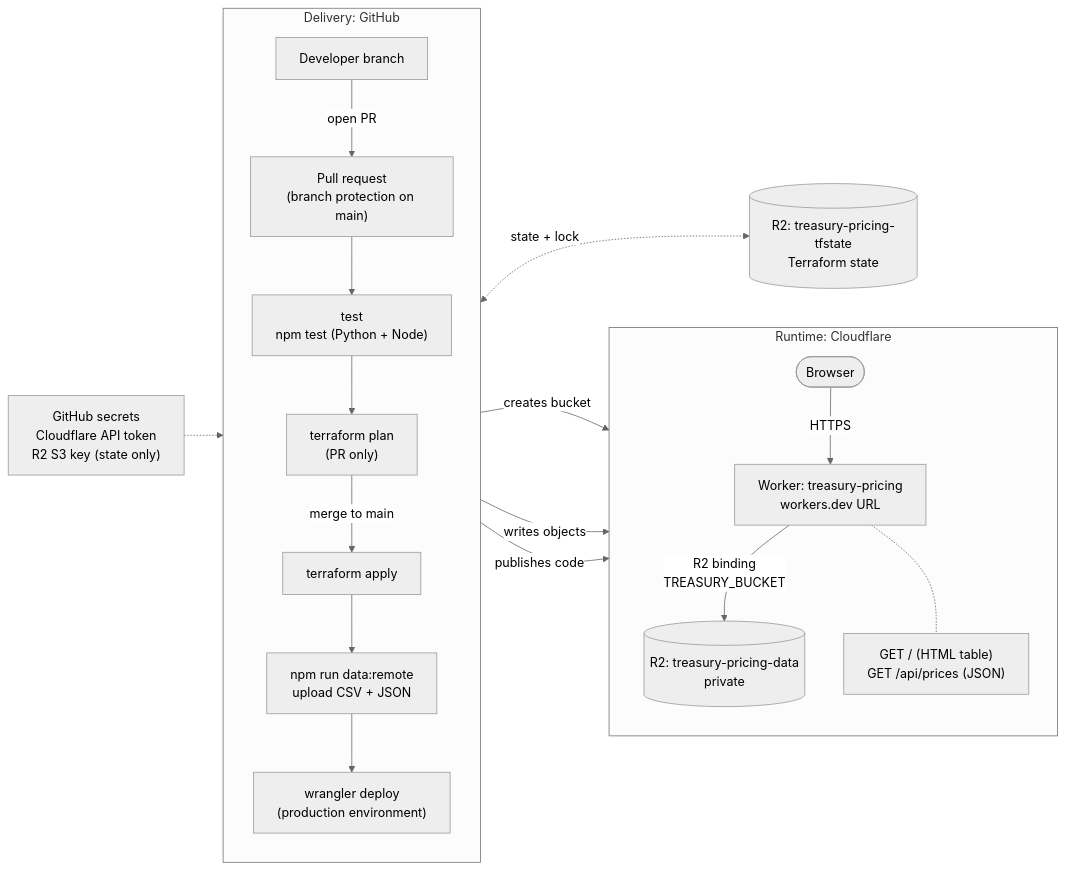
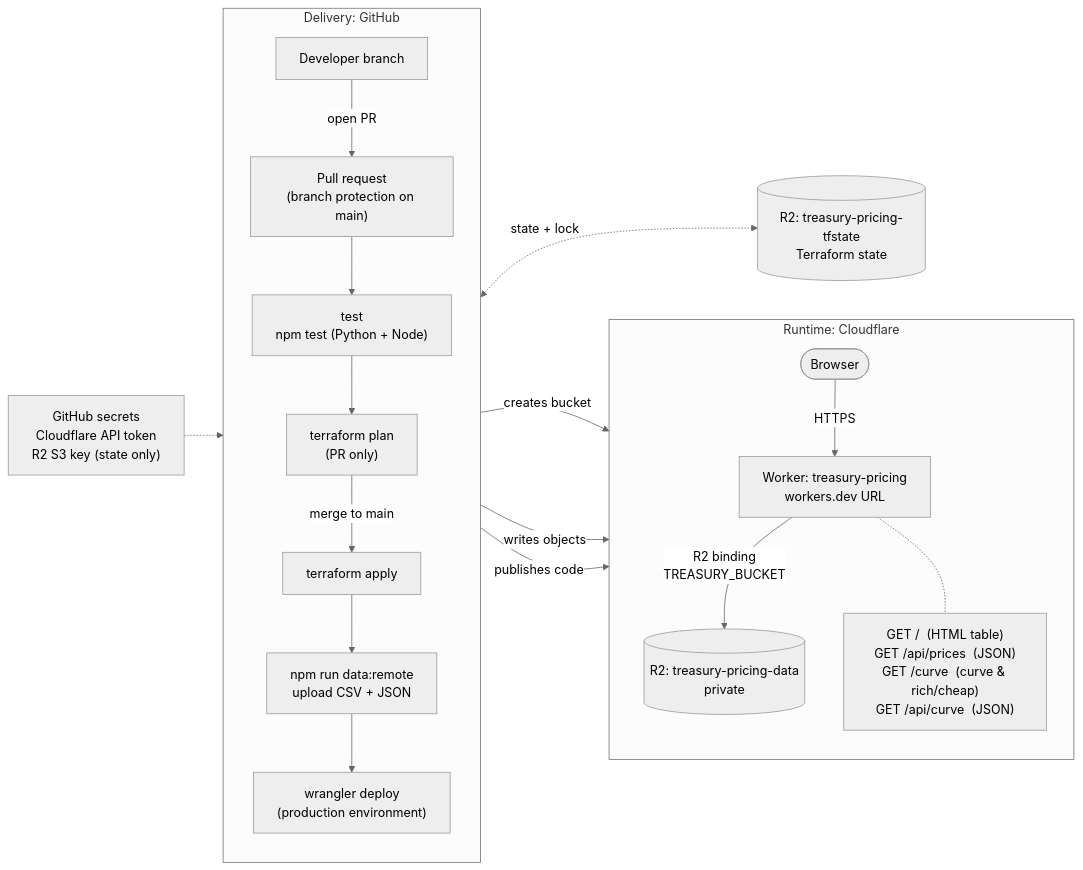
Before and after one commit to BobaFettyW4p/applied_financial_technology: the diagram in assignment_5/README.md, drawn with Mermaid (neutral theme). The commit also changed other lines of this file and 93 other files, not shown here.

First line of the commit message:
Add yield curve model comparison and rich/cheap page

````diff
--- a/assignment_5/README.md
+++ b/assignment_5/README.md
@@ -97,28 +97,28 @@
 ```mermaid
 flowchart LR
   subgraph delivery["Delivery: GitHub"]
     direction TB
     dev["Developer branch"] -->|"open PR"| pr["Pull request<br/>(branch protection on main)"]
     pr --> test["test<br/>npm test (Python + Node)"]
     test --> plan["terraform plan<br/>(PR only)"]
     plan -->|"merge to main"| apply["terraform apply"]
     apply --> upload["npm run data:remote<br/>upload CSV + JSON"]
     upload --> deploy["wrangler deploy<br/>(production environment)"]
   end
 
   subgraph cf["Runtime: Cloudflare"]
     direction TB
     user(["Browser"]) -->|"HTTPS"| worker["Worker: treasury-pricing<br/>workers.dev URL"]
     worker -->|"R2 binding<br/>TREASURY_BUCKET"| data[("R2: treasury-pricing-data<br/>private")]
-    worker -.- routes["GET /  (HTML table)<br/>GET /api/prices  (JSON)"]
+    worker -.- routes["GET /  (HTML table)<br/>GET /api/prices  (JSON)<br/>GET /curve  (curve &amp; rich/cheap)<br/>GET /api/curve  (JSON)"]
   end
 
   state[("R2: treasury-pricing-tfstate<br/>Terraform state")]
 
   apply -->|"creates bucket"| data
   upload -->|"writes objects"| data
   deploy -->|"publishes code"| worker
   apply <-.->|"state + lock"| state
 
   secrets["GitHub secrets<br/>Cloudflare API token<br/>R2 S3 key (state only)"] -.-> delivery
 ```
````
